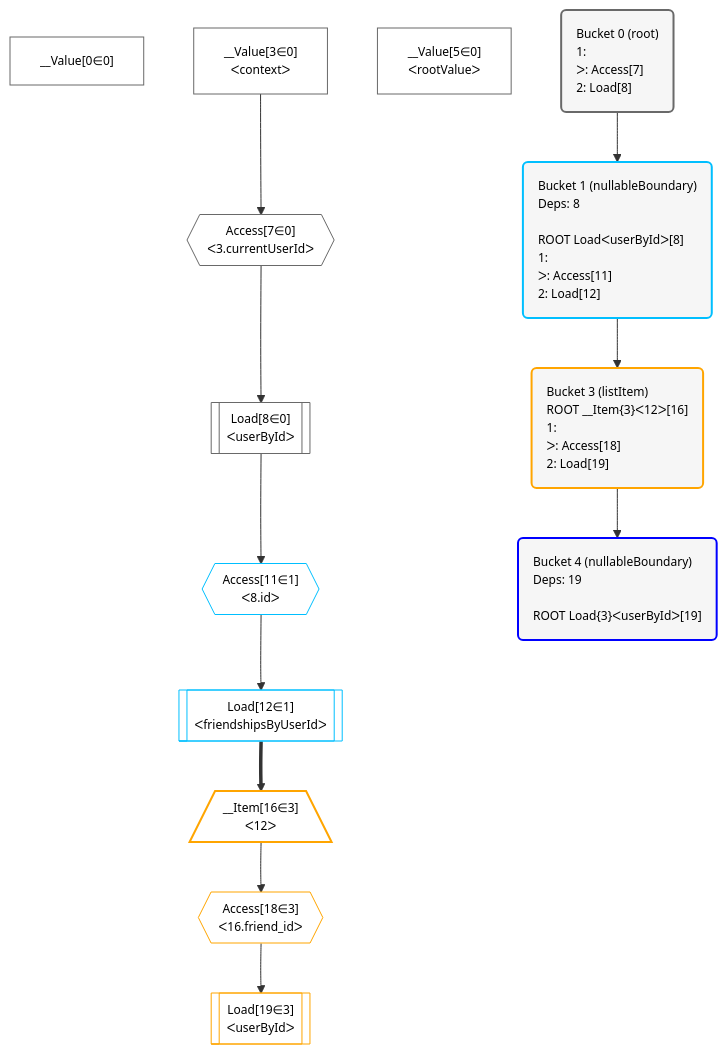
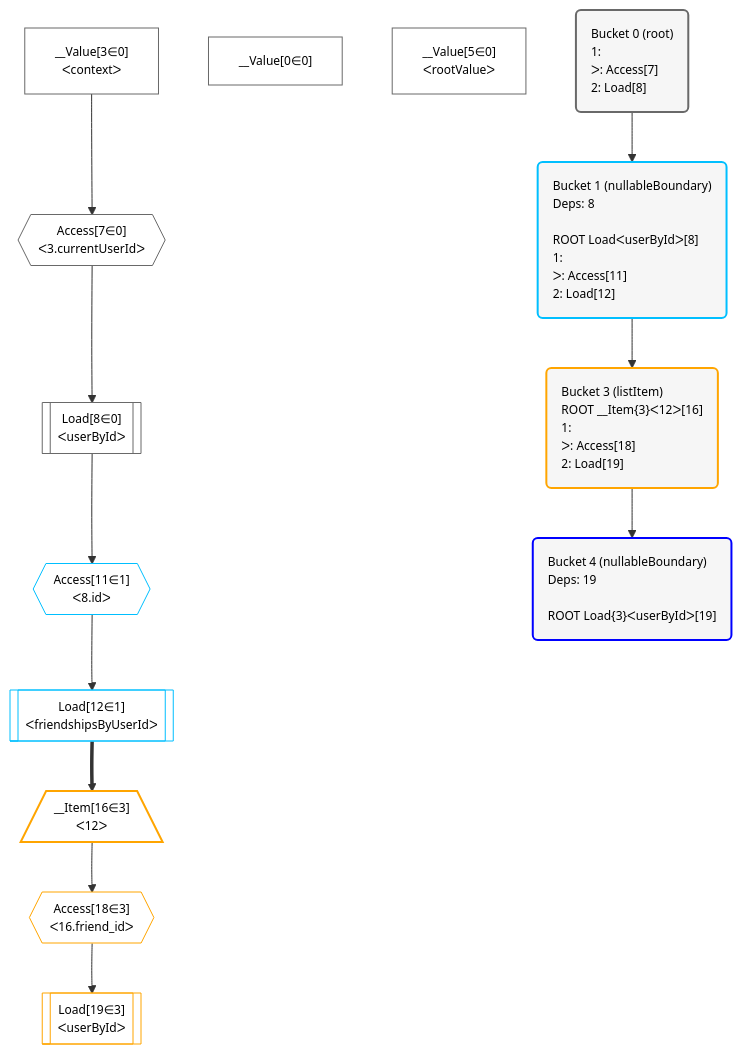
The diagram in grafast/website/examples/users-and-friends/plan.mermaid (graphile/crystal), drawn with Mermaid before and after one commit. The commit also changed other lines of this file and 1 other file, not shown here.

Commit message:
Use latest rendering for mermaid diagrams in docs

```diff
--- a/grafast/website/examples/users-and-friends/plan.mermaid
+++ b/grafast/website/examples/users-and-friends/plan.mermaid
@@ -1,46 +1,46 @@
 %%{init: {'themeVariables': { 'fontSize': '12px'}}}%%
 flowchart TD
     classDef path fill:#eee,stroke:#000,color:#000
     classDef plan fill:#fff,stroke-width:1px,color:#000
     classDef itemplan fill:#fff,stroke-width:2px,color:#000
     classDef unbatchedplan fill:#dff,stroke-width:1px,color:#000
     classDef sideeffectplan fill:#fcc,stroke-width:2px,color:#000
     classDef bucket fill:#f6f6f6,color:#000,stroke-width:2px,text-align:left
 
 
+    %% plan dependencies
+    Access7{{"Access[7∈0]<br />ᐸ3.currentUserIdᐳ"}}:::plan
+    __Value3["__Value[3∈0]<br />ᐸcontextᐳ"]:::plan
+    __Value3 --> Access7
+    Load8[["Load[8∈0]<br />ᐸuserByIdᐳ"]]:::plan
+    Access7 --> Load8
+    __Value0["__Value[0∈0]"]:::plan
+    __Value5["__Value[5∈0]<br />ᐸrootValueᐳ"]:::plan
+    Access11{{"Access[11∈1]<br />ᐸ8.idᐳ"}}:::plan
+    Load8 --> Access11
+    Load12[["Load[12∈1]<br />ᐸfriendshipsByUserIdᐳ"]]:::plan
+    Access11 --> Load12
+    __Item16[/"__Item[16∈3]<br />ᐸ12ᐳ"\]:::itemplan
+    Load12 ==> __Item16
+    Access18{{"Access[18∈3]<br />ᐸ16.friend_idᐳ"}}:::plan
+    __Item16 --> Access18
+    Load19[["Load[19∈3]<br />ᐸuserByIdᐳ"]]:::plan
+    Access18 --> Load19
+
     %% define steps
-    __Value0["__Value[0∈0]"]:::plan
-    __Value3["__Value[3∈0]<br />ᐸcontextᐳ"]:::plan
-    __Value5["__Value[5∈0]<br />ᐸrootValueᐳ"]:::plan
-    Access7{{"Access[7∈0]<br />ᐸ3.currentUserIdᐳ"}}:::plan
-    Load8[["Load[8∈0]<br />ᐸuserByIdᐳ"]]:::plan
-    Access11{{"Access[11∈1]<br />ᐸ8.idᐳ"}}:::plan
-    Load12[["Load[12∈1]<br />ᐸfriendshipsByUserIdᐳ"]]:::plan
-    __Item16[/"__Item[16∈3]<br />ᐸ12ᐳ"\]:::itemplan
-    Access18{{"Access[18∈3]<br />ᐸ16.friend_idᐳ"}}:::plan
-    Load19[["Load[19∈3]<br />ᐸuserByIdᐳ"]]:::plan
-
-    %% plan dependencies
-    __Value3 --> Access7
-    Access7 --> Load8
-    Load8 --> Access11
-    Access11 --> Load12
-    Load12 ==> __Item16
-    __Item16 --> Access18
-    Access18 --> Load19
 
     Bucket0("Bucket 0 (root)<br />1: <br />ᐳ: Access[7]<br />2: Load[8]"):::bucket
     classDef bucket0 stroke:#696969
     class Bucket0,__Value0,__Value3,__Value5,Access7,Load8 bucket0
     Bucket1("Bucket 1 (nullableBoundary)<br />Deps: 8<br /><br />ROOT LoadᐸuserByIdᐳ[8]<br />1: <br />ᐳ: Access[11]<br />2: Load[12]"):::bucket
     classDef bucket1 stroke:#00bfff
     class Bucket1,Access11,Load12 bucket1
     Bucket3("Bucket 3 (listItem)<br />ROOT __Item{3}ᐸ12ᐳ[16]<br />1: <br />ᐳ: Access[18]<br />2: Load[19]"):::bucket
     classDef bucket3 stroke:#ffa500
     class Bucket3,__Item16,Access18,Load19 bucket3
     Bucket4("Bucket 4 (nullableBoundary)<br />Deps: 19<br /><br />ROOT Load{3}ᐸuserByIdᐳ[19]"):::bucket
     classDef bucket4 stroke:#0000ff
     class Bucket4 bucket4
     Bucket0 --> Bucket1
     Bucket1 --> Bucket3
     Bucket3 --> Bucket4
```
